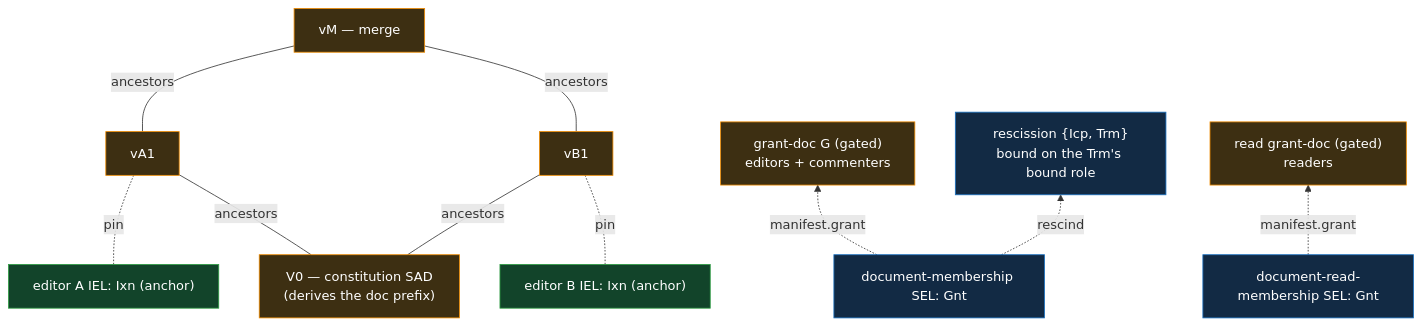
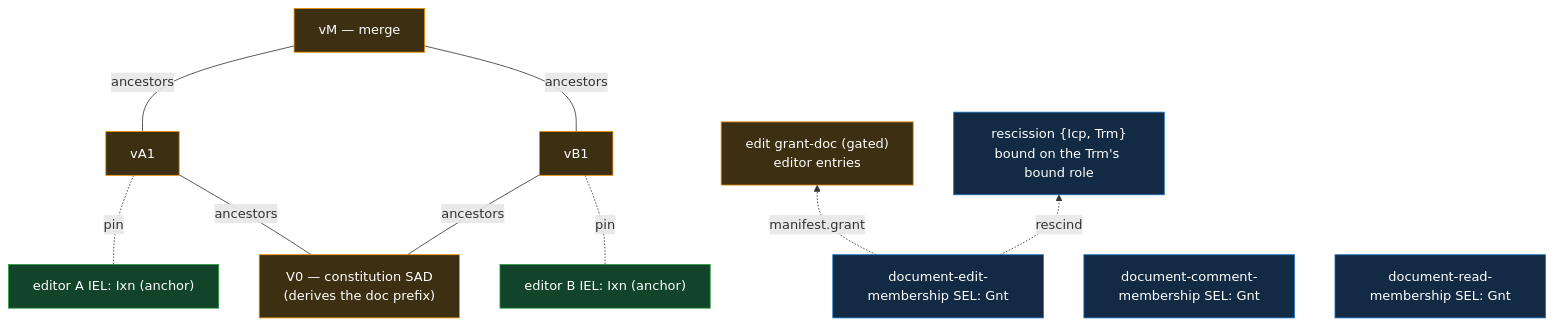
Before and after one commit to jasoncolburne/vdti: the first of 5 diagrams in docs/design/features/shared-documents.md, drawn with Mermaid. The commit also changed other lines of this file and 13 other files, not shown here.

````diff
--- a/docs/design/features/shared-documents.md
+++ b/docs/design/features/shared-documents.md
@@ -41,26 +41,25 @@
 ```mermaid
 flowchart BT
   V0["V0 — constitution SAD<br/>(derives the doc prefix)"]:::doc
   vA1["vA1"]:::doc
   vB1["vB1"]:::doc
   vM["vM — merge"]:::doc
   eA["editor A IEL: Ixn (anchor)"]:::iel
   eB["editor B IEL: Ixn (anchor)"]:::iel
-  gGnt["document-membership SEL: Gnt"]:::sel
-  G["grant-doc G (gated)<br/>editors + commenters"]:::doc
+  gE["document-edit-membership SEL: Gnt"]:::sel
+  gC["document-comment-membership SEL: Gnt"]:::sel
+  gR["document-read-membership SEL: Gnt"]:::sel
+  G["edit grant-doc (gated)<br/>editor entries"]:::doc
   Resc["rescission {Icp, Trm}<br/>bound on the Trm's bound role"]:::sel
-  rGnt["document-read-membership SEL: Gnt"]:::sel
-  rG["read grant-doc (gated)<br/>readers"]:::doc
   eA -.-|pin| vA1
   V0 ---|ancestors| vA1
   V0 ---|ancestors| vB1
   vA1 ---|ancestors| vM
   vB1 ---|ancestors| vM
   eB -.-|pin| vB1
-  gGnt -.->|manifest.grant| G
-  gGnt -. rescind .-> Resc
-  rGnt -.->|manifest.grant| rG
+  gE -.->|manifest.grant| G
+  gE -. rescind .-> Resc
   classDef sel fill:#122a44,stroke:#1971c2,color:#fff
   classDef doc fill:#3d2f12,stroke:#f08c00,color:#fff
   classDef iel fill:#12442a,stroke:#2f9e44,color:#fff
 ```
````
